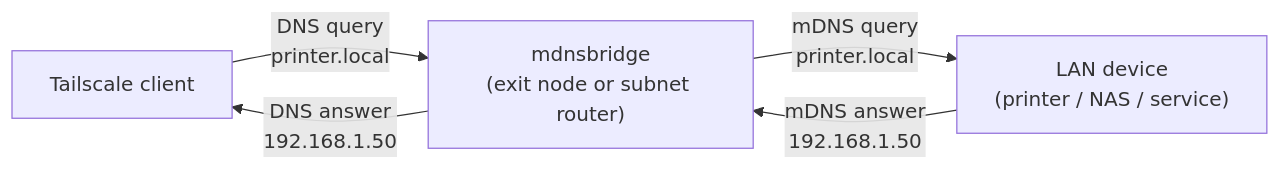
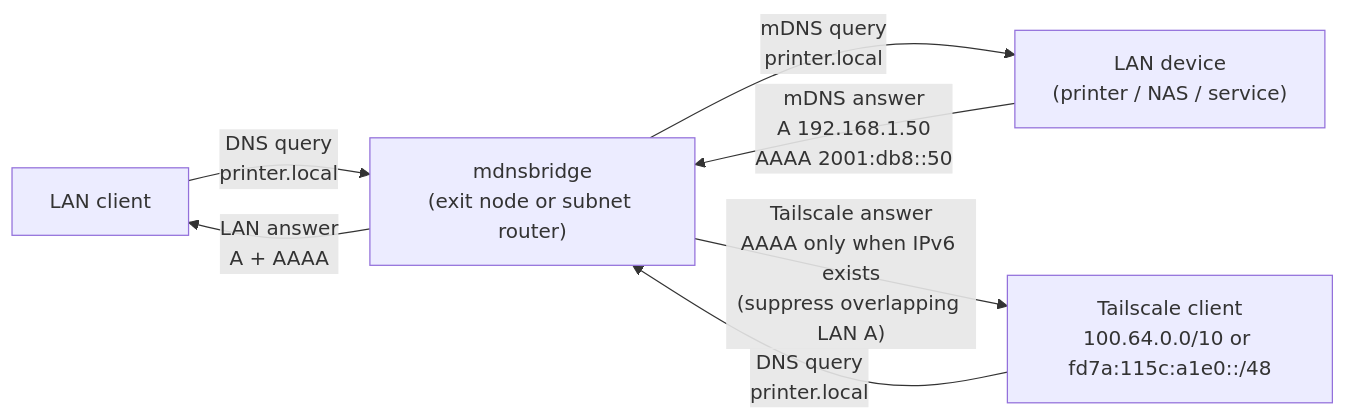
Before and after one commit to rcarmo/mdnsbridge: the first of 2 diagrams in README.md, drawn with Mermaid. The commit also changed other lines of this file, not shown here.

Commit message:
Document Tailscale client answer policy

````diff
--- a/README.md
+++ b/README.md
@@ -20,11 +21,14 @@
 ```mermaid
 flowchart LR
-    client["Tailscale client"]
+    lanClient["LAN client"]
+    tsClient["Tailscale client<br/>100.64.0.0/10 or fd7a:115c:a1e0::/48"]
     bridge["mdnsbridge<br/>(exit node or subnet router)"]
     lan["LAN device<br/>(printer / NAS / service)"]
 
-    client -- "DNS query<br/>printer.local" --> bridge
+    lanClient -- "DNS query<br/>printer.local" --> bridge
+    tsClient -- "DNS query<br/>printer.local" --> bridge
     bridge -- "mDNS query<br/>printer.local" --> lan
-    lan -- "mDNS answer<br/>192.168.1.50" --> bridge
-    bridge -- "DNS answer<br/>192.168.1.50" --> client
+    lan -- "mDNS answer<br/>A 192.168.1.50<br/>AAAA 2001:db8::50" --> bridge
+    bridge -- "LAN answer<br/>A + AAAA" --> lanClient
+    bridge -- "Tailscale answer<br/>AAAA only when IPv6 exists<br/>(suppress overlapping LAN A)" --> tsClient
 ```
````
